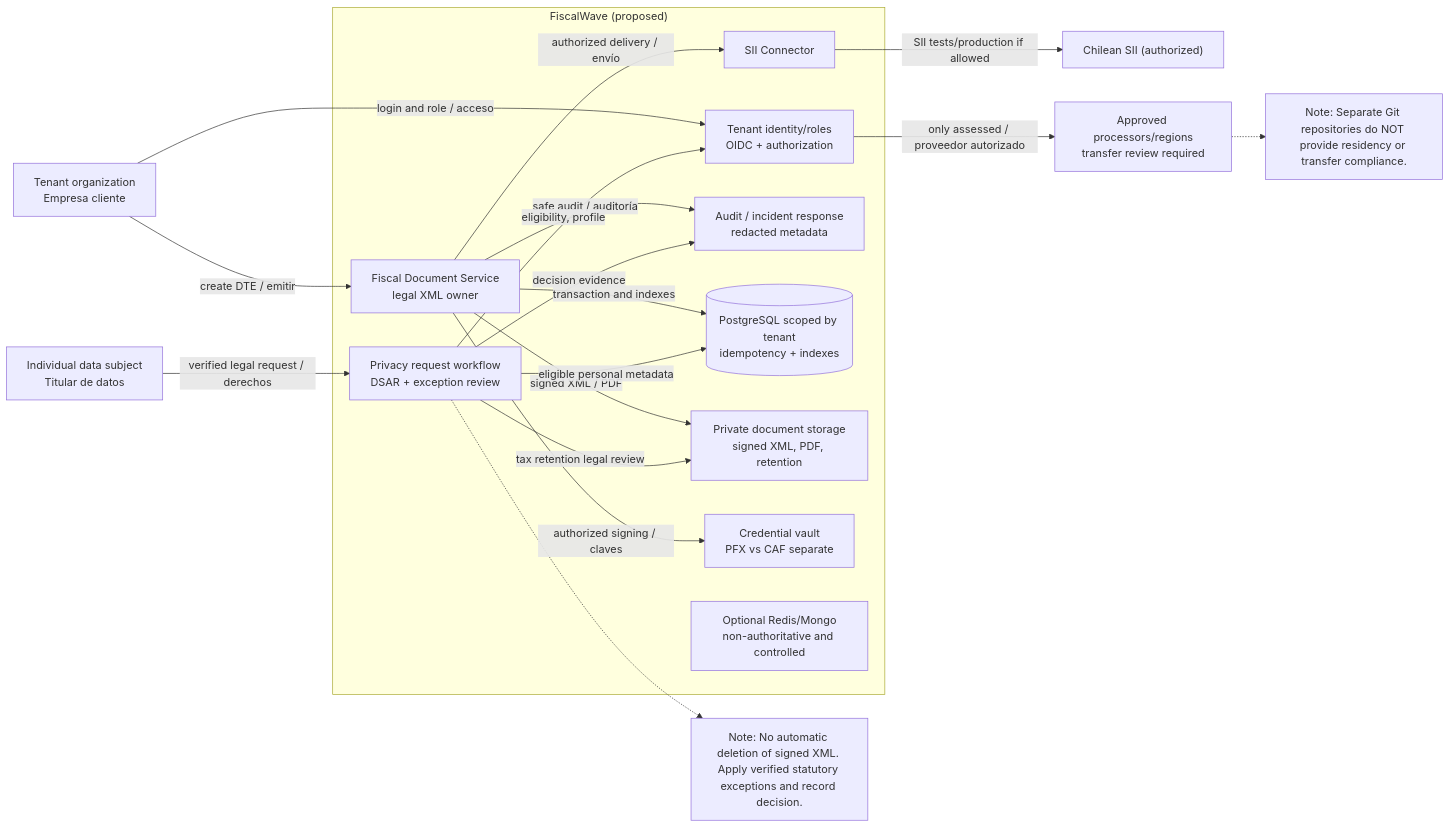
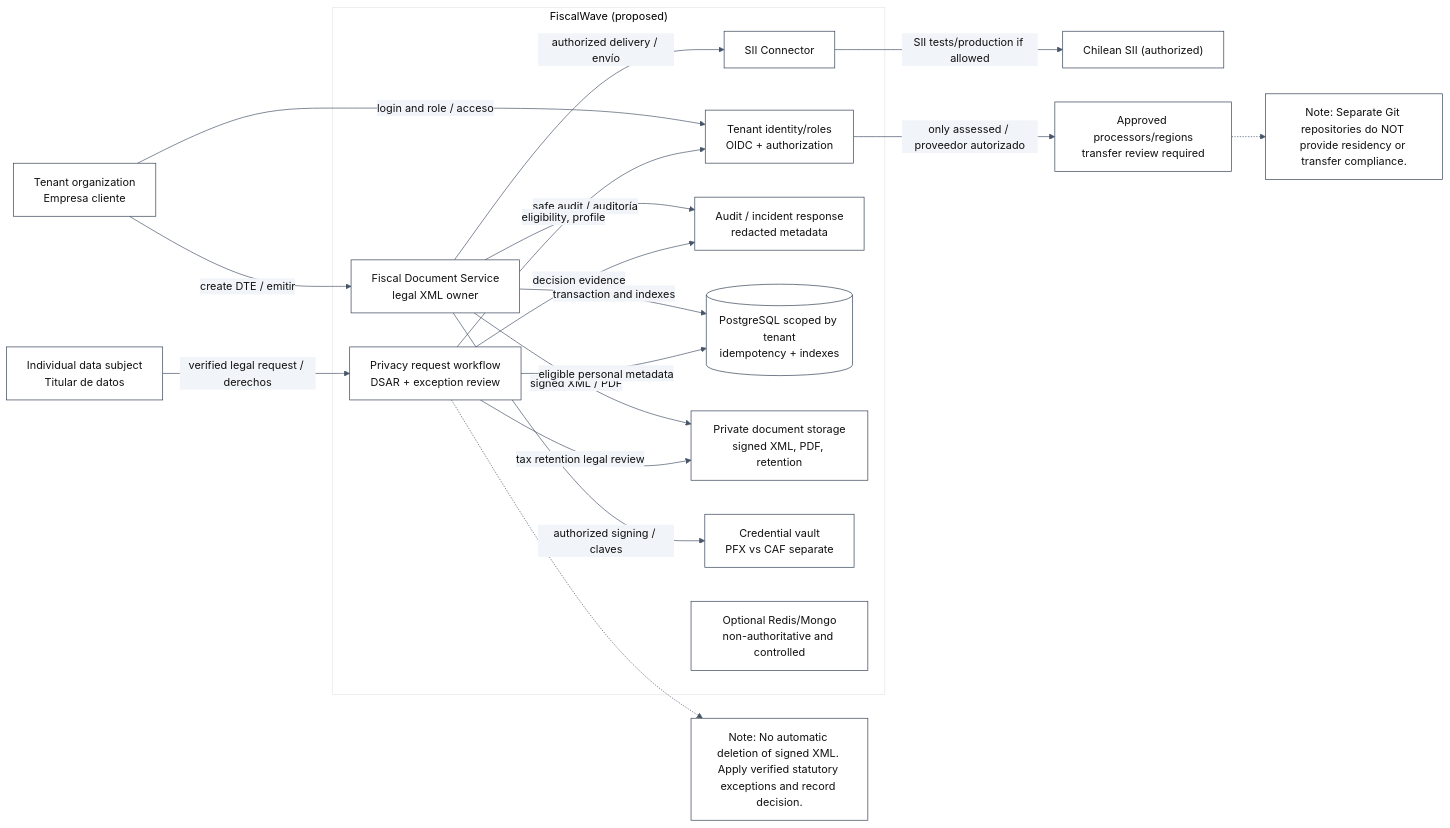
Before and after one commit to devzaratech/fiscal-wave: the diagram in docs/architecture/mermaid/privacy-boundaries.mmd, drawn with Mermaid. The commit also changed 6 other files, not shown here.

Commit message:
docs(FW-033): regenerate derived Mermaid and SVG architecture views

```diff
--- a/docs/architecture/mermaid/privacy-boundaries.mmd
+++ b/docs/architecture/mermaid/privacy-boundaries.mmd
@@ -1,35 +1,36 @@
 %% Generated from privacy-boundaries.puml; edit the PlantUML source, not this file.
+%%{init: {"theme":"base","themeVariables":{"background":"#FFFFFF","darkMode":false,"primaryColor":"#FFFFFF","primaryTextColor":"#111111","primaryBorderColor":"#334155","secondaryColor":"#F1F5F9","tertiaryColor":"#FFFFFF","lineColor":"#475569","textColor":"#111111","actorBkg":"#FFFFFF","actorTextColor":"#111111"},"themeCSS":"svg { background-color: #FFFFFF !important; }"}}%%
 flowchart LR
     Subject["Individual data subject<br/>Titular de datos"]
     Tenant["Tenant organization<br/>Empresa cliente"]
     subgraph group_1["FiscalWave (proposed)"]
     Identity["Tenant identity/roles<br/>OIDC + authorization"]
     Fiscal["Fiscal Document Service<br/>legal XML owner"]
     Rights["Privacy request workflow<br/>DSAR + exception review"]
     Sii["SII Connector"]
     Audit["Audit / incident response<br/>redacted metadata"]
     Pg[("PostgreSQL scoped by tenant<br/>idempotency + indexes")]
     Store["Private document storage<br/>signed XML, PDF, retention"]
     Vault["Credential vault<br/>PFX vs CAF separate"]
     Cache["Optional Redis/Mongo<br/>non-authoritative and controlled"]
     end
     SII["Chilean SII (authorized)"]
     Vendors["Approved processors/regions<br/>transfer review required"]
     Tenant -->|login and role / acceso| Identity
     Tenant -->|create DTE / emitir| Fiscal
     Fiscal -->|transaction and indexes| Pg
     Fiscal -->|signed XML / PDF| Store
     Fiscal -->|authorized signing / claves| Vault
     Fiscal -->|authorized delivery / envío| Sii
     Sii -->|SII tests/production if allowed| SII
     Fiscal -->|safe audit / auditoría| Audit
     Subject -->|verified legal request / derechos| Rights
     Rights -->|eligibility, profile| Identity
     Rights -->|eligible personal metadata| Pg
     Rights -->|tax retention legal review| Store
     Rights -->|decision evidence| Audit
     Identity -->|only assessed / proveedor autorizado| Vendors
     note_1["Note: No automatic deletion of signed XML. Apply verified statutory exceptions and record decision."]
     Rights -.-> note_1
     note_2["Note: Separate Git repositories do NOT provide residency or transfer compliance."]
     Vendors -.-> note_2
```
